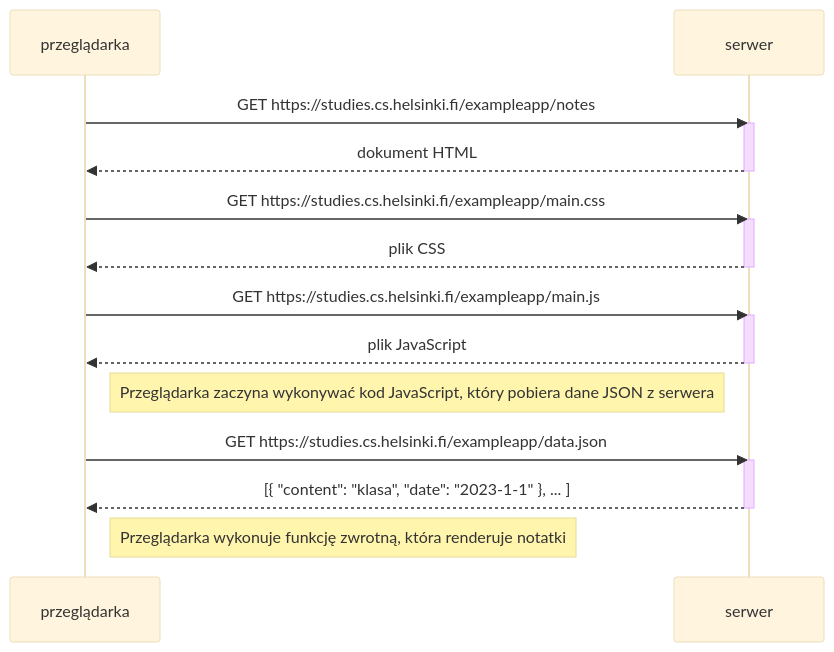
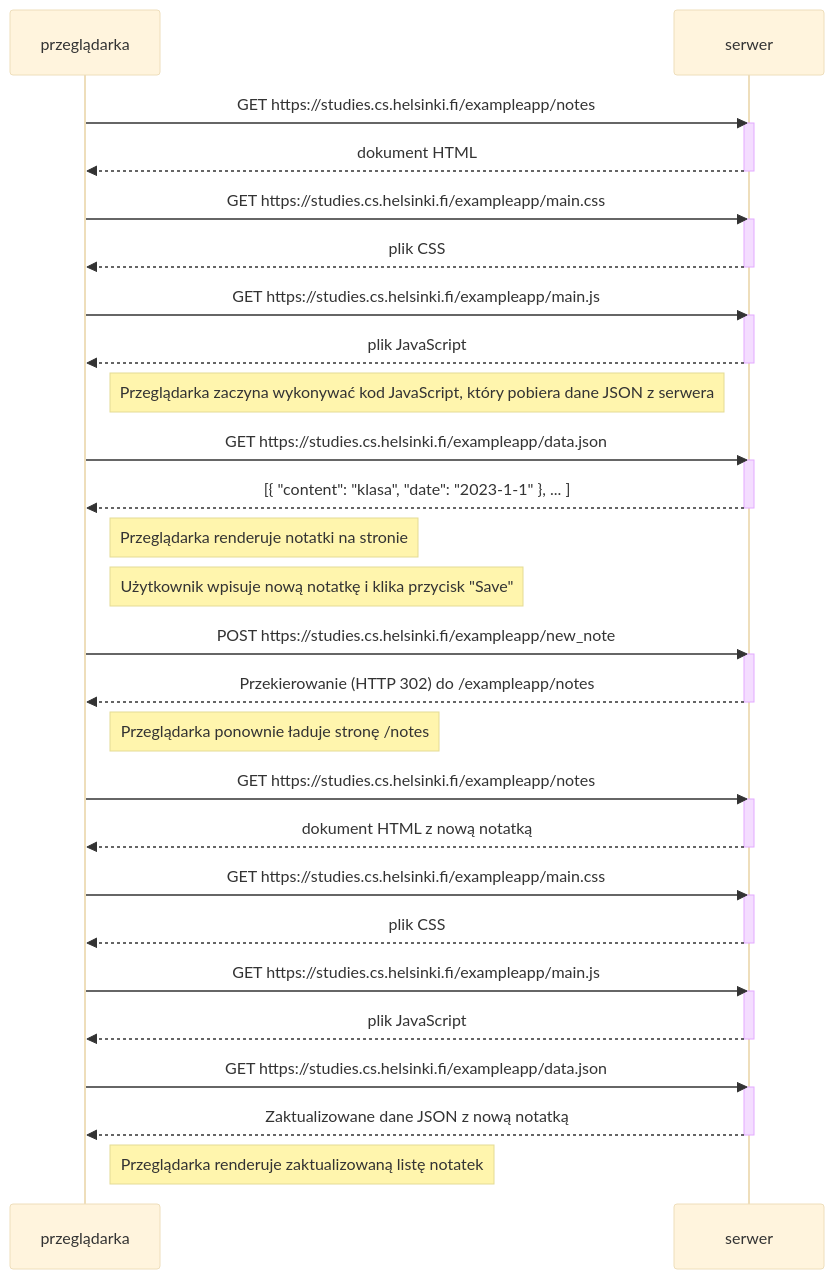
One commit to Layer2843/my-repo changed the diagram in Part0/zad0-4.mmd. Above: the diagram before and after it, drawn with Mermaid (base theme). The commit also changed 1 other file, not shown here.

```diff
--- a/Part0/zad0-4.mmd
+++ b/Part0/zad0-4.mmd
@@ -1,27 +1,58 @@
 sequenceDiagram
     participant przeglądarka
     participant serwer
 
     przeglądarka->>serwer: GET https://studies.cs.helsinki.fi/exampleapp/notes
     activate serwer
     serwer-->>przeglądarka: dokument HTML
     deactivate serwer
 
     przeglądarka->>serwer: GET https://studies.cs.helsinki.fi/exampleapp/main.css
     activate serwer
     serwer-->>przeglądarka: plik CSS
     deactivate serwer
 
     przeglądarka->>serwer: GET https://studies.cs.helsinki.fi/exampleapp/main.js
     activate serwer
     serwer-->>przeglądarka: plik JavaScript
     deactivate serwer
 
     Note right of przeglądarka: Przeglądarka zaczyna wykonywać kod JavaScript, który pobiera dane JSON z serwera
 
     przeglądarka->>serwer: GET https://studies.cs.helsinki.fi/exampleapp/data.json
     activate serwer
     serwer-->>przeglądarka: [{ "content": "klasa", "date": "2023-1-1" }, ... ]
     deactivate serwer
 
-    Note right of przeglądarka: Przeglądarka wykonuje funkcję zwrotną, która renderuje notatki
+    Note right of przeglądarka: Przeglądarka renderuje notatki na stronie
+
+    Note right of przeglądarka: Użytkownik wpisuje nową notatkę i klika przycisk "Save"
+
+    przeglądarka->>serwer: POST https://studies.cs.helsinki.fi/exampleapp/new_note
+    activate serwer
+    serwer-->>przeglądarka: Przekierowanie (HTTP 302) do /exampleapp/notes
+    deactivate serwer
+
+    Note right of przeglądarka: Przeglądarka ponownie ładuje stronę /notes
+
+    przeglądarka->>serwer: GET https://studies.cs.helsinki.fi/exampleapp/notes
+    activate serwer
+    serwer-->>przeglądarka: dokument HTML z nową notatką
+    deactivate serwer
+
+    przeglądarka->>serwer: GET https://studies.cs.helsinki.fi/exampleapp/main.css
+    activate serwer
+    serwer-->>przeglądarka: plik CSS
+    deactivate serwer
+
+    przeglądarka->>serwer: GET https://studies.cs.helsinki.fi/exampleapp/main.js
+    activate serwer
+    serwer-->>przeglądarka: plik JavaScript
+    deactivate serwer
+
+    przeglądarka->>serwer: GET https://studies.cs.helsinki.fi/exampleapp/data.json
+    activate serwer
+    serwer-->>przeglądarka: Zaktualizowane dane JSON z nową notatką
+    deactivate serwer
+
+    Note right of przeglądarka: Przeglądarka renderuje zaktualizowaną listę notatek
```
